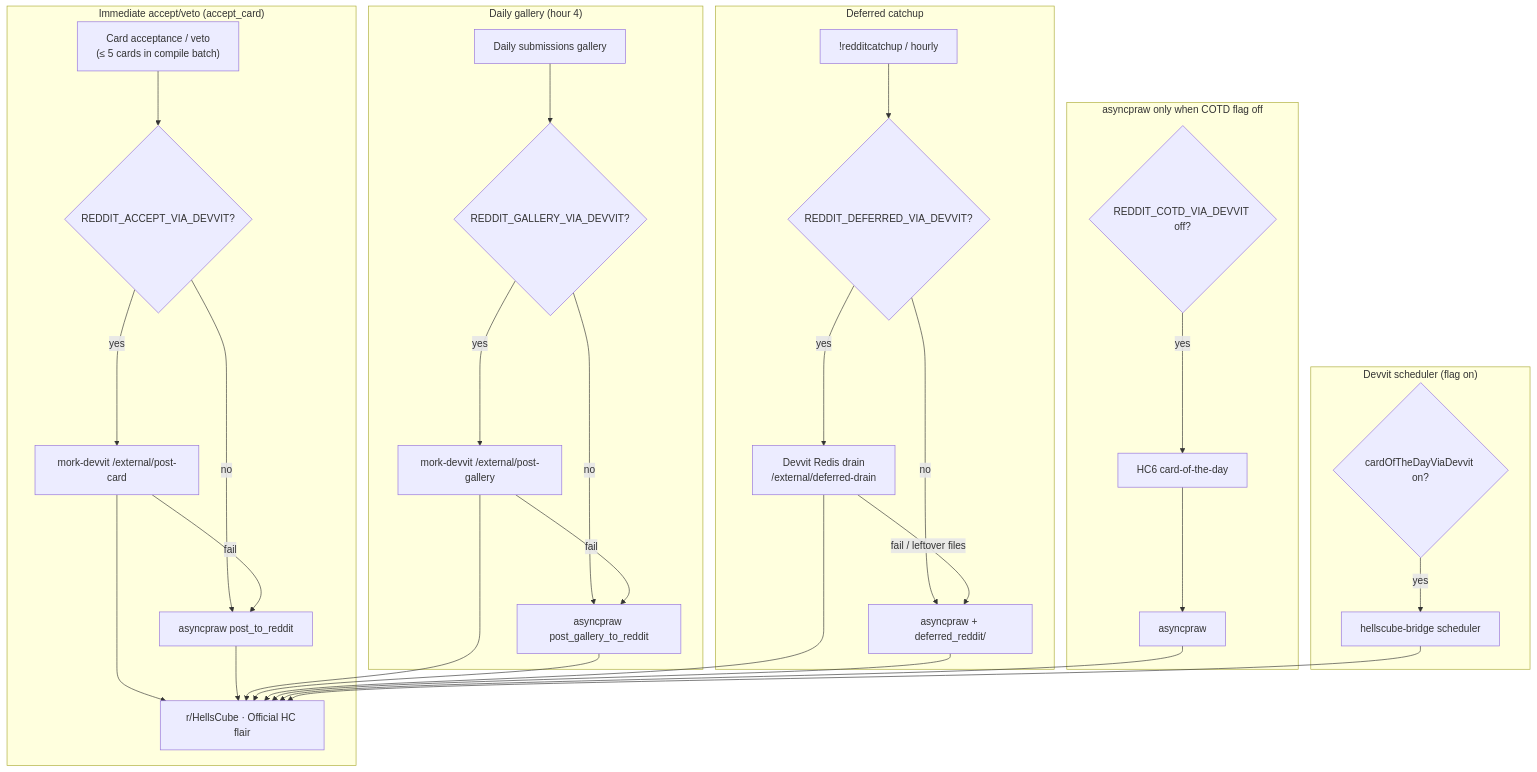
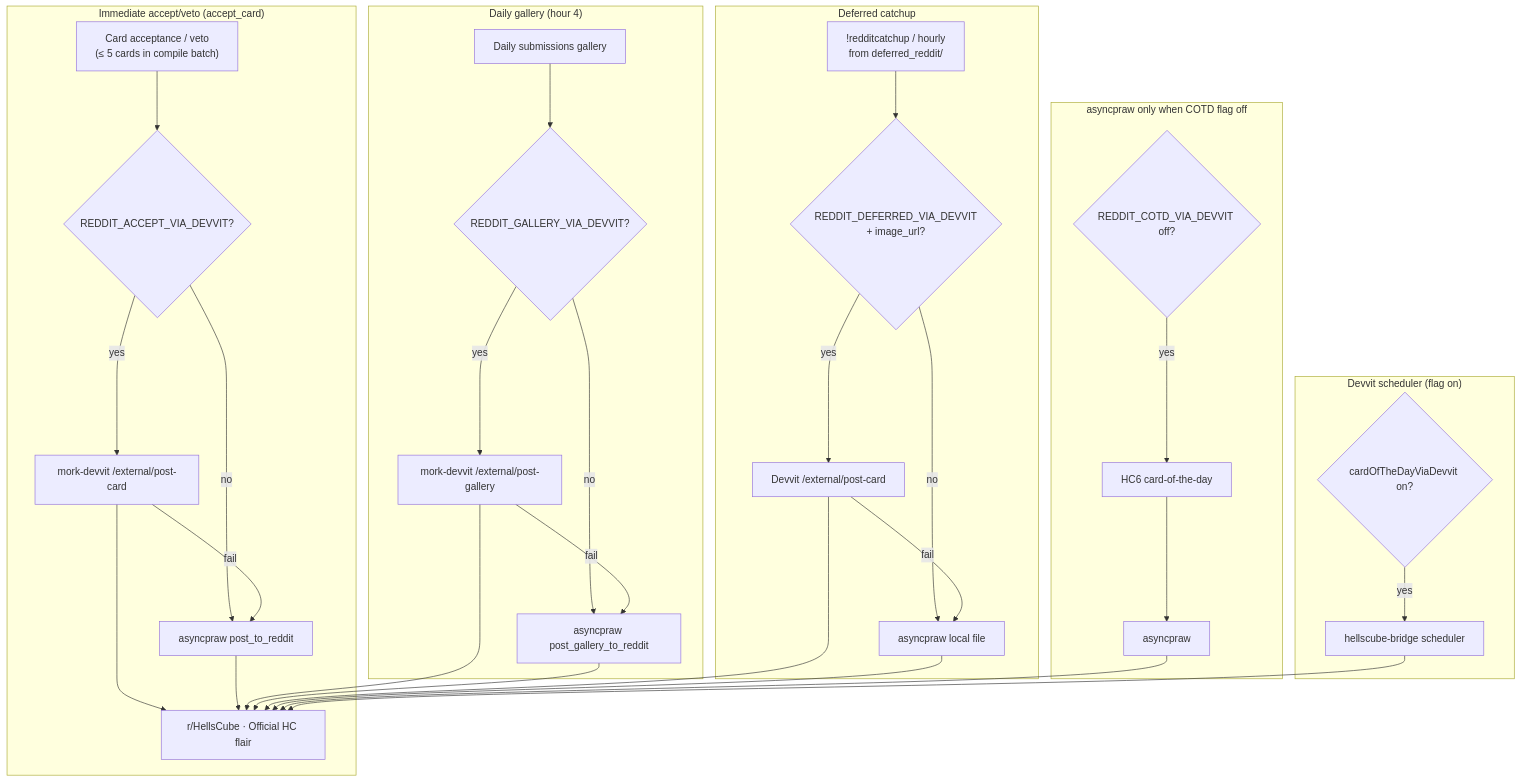
One commit to bones-bones/mork changed the third of 4 diagrams in docs/card-flows/background.md. Above: the diagram before and after it, drawn with Mermaid. The commit also changed other lines of this file and 13 other files, not shown here.

First line of the commit message:
Keep deferred backlog on Mork; use Devvit only for catchup posts. (#181)

````diff
--- a/docs/card-flows/background.md
+++ b/docs/card-flows/background.md
@@ -70,39 +70,39 @@
 ```mermaid
 flowchart TD
   subgraph immediate["Immediate accept/veto (accept_card)"]
     ACC["Card acceptance / veto<br/>(≤ 5 cards in compile batch)"] --> FLAG{"REDDIT_ACCEPT_VIA_DEVVIT?"}
     FLAG -->|yes| DEV["mork-devvit /external/post-card"]
     FLAG -->|no| PRAW1["asyncpraw post_to_reddit"]
     DEV -->|fail| PRAW1
     DEV --> RED["r/HellsCube · Official HC flair"]
     PRAW1 --> RED
   end
 
   subgraph gallery["Daily gallery (hour 4)"]
     GAL["Daily submissions gallery"] --> GFLAG{"REDDIT_GALLERY_VIA_DEVVIT?"}
     GFLAG -->|yes| GDEV["mork-devvit /external/post-gallery"]
     GFLAG -->|no| PRAWG["asyncpraw post_gallery_to_reddit"]
     GDEV -->|fail| PRAWG
     GDEV --> RED
     PRAWG --> RED
   end
 
   subgraph deferred["Deferred catchup"]
-    RC["!redditcatchup / hourly"] --> DFLAG{"REDDIT_DEFERRED_VIA_DEVVIT?"}
-    DFLAG -->|yes| DDEV["Devvit Redis drain<br/>/external/deferred-drain"]
-    DFLAG -->|no| PRAW2["asyncpraw + deferred_reddit/"]
-    DDEV -->|fail / leftover files| PRAW2
+    RC["!redditcatchup / hourly<br/>from deferred_reddit/"] --> DFLAG{"REDDIT_DEFERRED_VIA_DEVVIT<br/>+ image_url?"}
+    DFLAG -->|yes| DDEV["Devvit /external/post-card"]
+    DFLAG -->|no| PRAW2["asyncpraw local file"]
+    DDEV -->|fail| PRAW2
     DDEV --> RED
     PRAW2 --> RED
   end
 
   subgraph asyncpraw_only["asyncpraw only when COTD flag off"]
     COTD_FLAG{"REDDIT_COTD_VIA_DEVVIT off?"} -->|yes| COTD["HC6 card-of-the-day"] --> PRAW3["asyncpraw"]
     PRAW3 --> RED
   end
 
   subgraph devvit_scheduled["Devvit scheduler (flag on)"]
     COTD_FLAG2{"cardOfTheDayViaDevvit on?"} -->|yes| DEV2["hellscube-bridge scheduler"]
     DEV2 --> RED
   end
 ```
````
